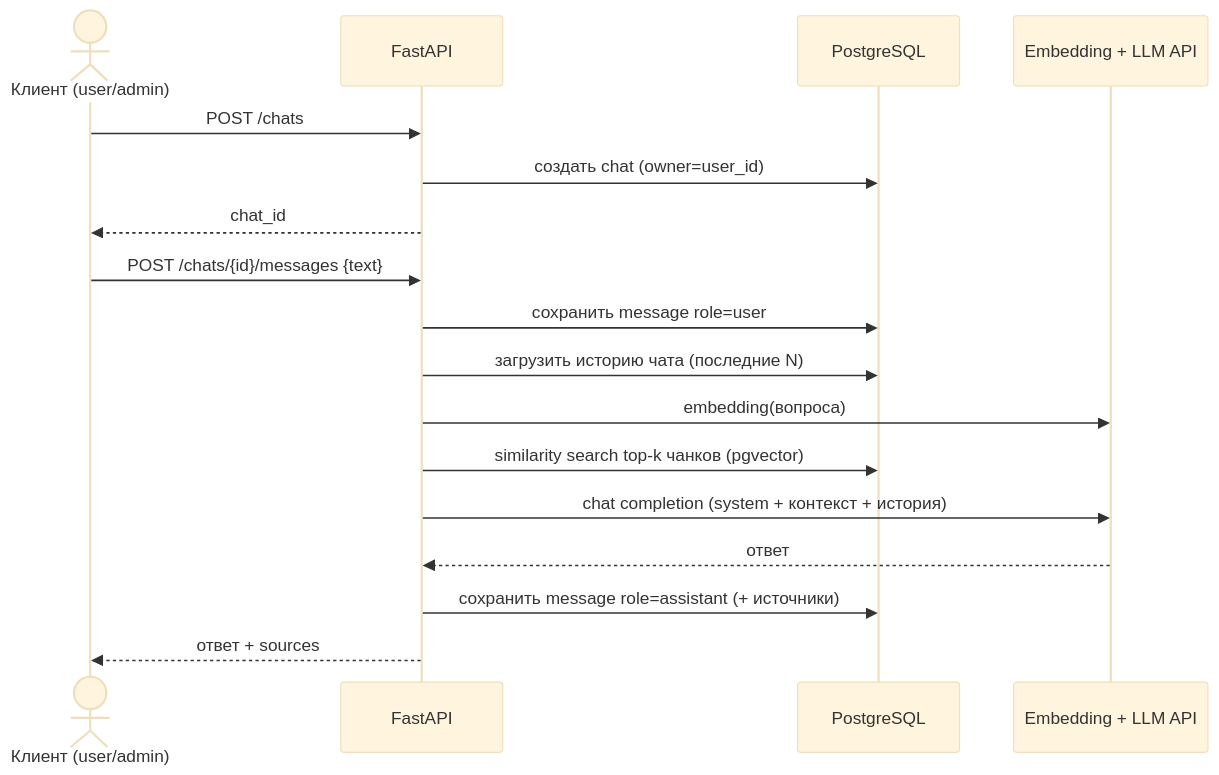
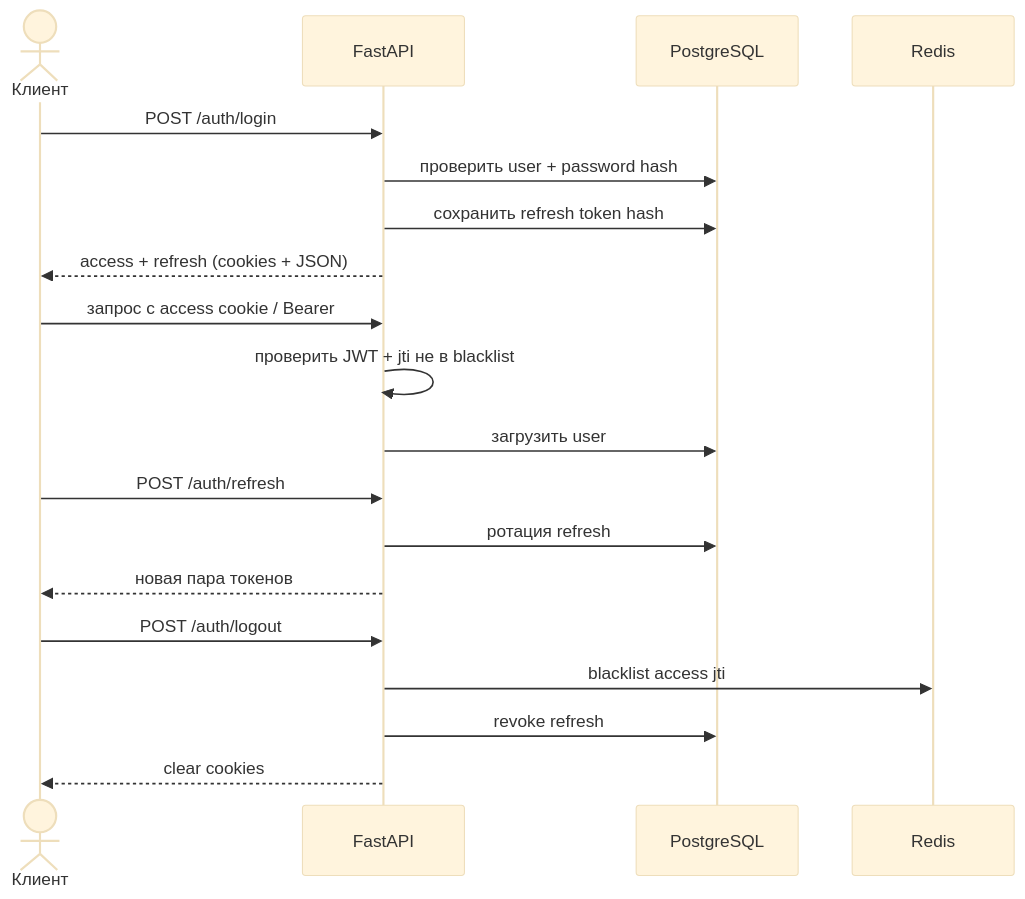
The second of 5 diagrams in docs/system-interaction.md (1rate/ai-docs), drawn with Mermaid (base theme) before and after one commit. The commit also changed other lines of this file and 16 other files, not shown here.

````diff
--- a/docs/system-interaction.md
+++ b/docs/system-interaction.md
@@ -91,21 +85,25 @@
 ```mermaid
 sequenceDiagram
-  actor C as Клиент (user/admin)
+  actor C as Клиент
   participant API as FastAPI
   participant PG as PostgreSQL
-  participant LLM as Embedding + LLM API
+  participant RD as Redis
 
-  C->>API: POST /chats
-  API->>PG: создать chat (owner=user_id)
-  API-->>C: chat_id
+  C->>API: POST /auth/login
+  API->>PG: проверить user + password hash
+  API->>PG: сохранить refresh token hash
+  API-->>C: access + refresh (cookies + JSON)
 
-  C->>API: POST /chats/{id}/messages {text}
-  API->>PG: сохранить message role=user
-  API->>PG: загрузить историю чата (последние N)
-  API->>LLM: embedding(вопроса)
-  API->>PG: similarity search top-k чанков (pgvector)
-  API->>LLM: chat completion (system + контекст + история)
-  LLM-->>API: ответ
-  API->>PG: сохранить message role=assistant (+ источники)
-  API-->>C: ответ + sources
+  C->>API: запрос с access cookie / Bearer
+  API->>API: проверить JWT + jti не в blacklist
+  API->>PG: загрузить user
+
+  C->>API: POST /auth/refresh
+  API->>PG: ротация refresh
+  API-->>C: новая пара токенов
+
+  C->>API: POST /auth/logout
+  API->>RD: blacklist access jti
+  API->>PG: revoke refresh
+  API-->>C: clear cookies
 ```
````
